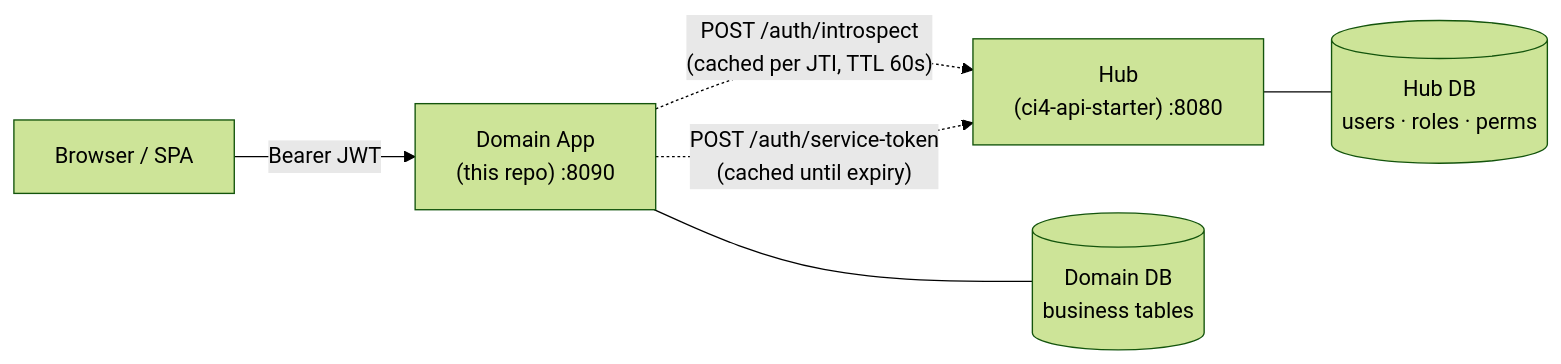
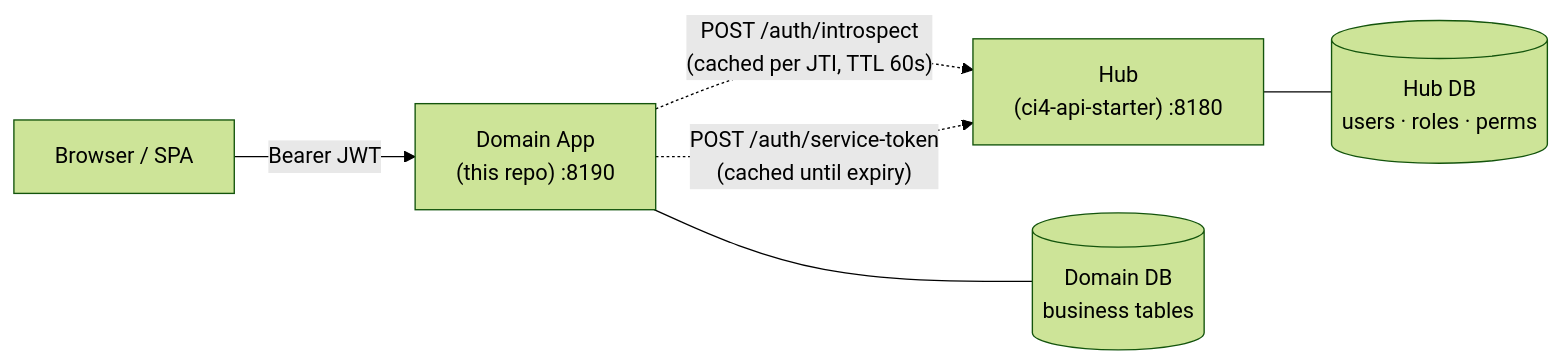
Before and after one commit to dcardenasl/ci4-domain-starter: the first of 2 diagrams in README.md, drawn with Mermaid (forest theme). The commit also changed other lines of this file and 22 other files, not shown here.

Commit message:
chore: update default ports (domain 8190, hub 8180)

````diff
--- a/README.md
+++ b/README.md
@@ -12,14 +12,14 @@
 ```mermaid
 flowchart LR
     Client["Browser / SPA"]
-    Domain["Domain App<br/>(this repo) :8090"]
-    Hub["Hub<br/>(ci4-api-starter) :8080"]
+    Domain["Domain App<br/>(this repo) :8190"]
+    Hub["Hub<br/>(ci4-api-starter) :8180"]
     DDB[("Domain DB<br/>business tables")]
     HDB[("Hub DB<br/>users · roles · perms")]
 
     Client -->|"Bearer JWT"| Domain
     Domain -.->|"POST /auth/introspect<br/>(cached per JTI, TTL 60s)"| Hub
     Domain -.->|"POST /auth/service-token<br/>(cached until expiry)"| Hub
     Domain --- DDB
     Hub --- HDB
 ```
````
